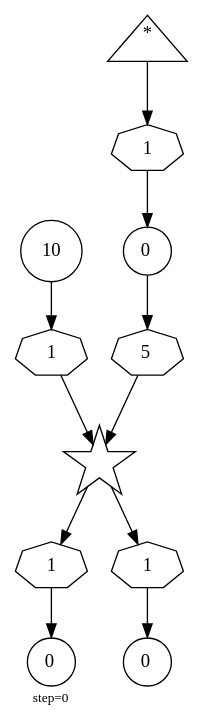
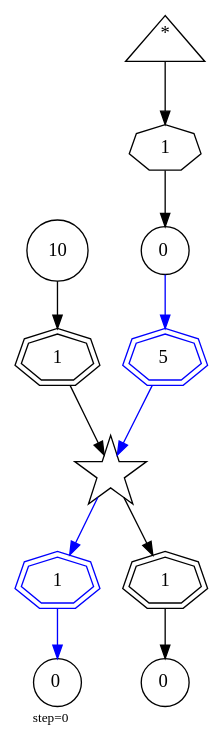
Before and after one commit to abarbu/machinations: the diagram in ours/101-objects/0009.dot, drawn with Graphviz. The commit also changed 191 other files, not shown here.

```diff
--- a/ours/101-objects/0009.dot
+++ b/ours/101-objects/0009.dot
@@ -1,24 +1,24 @@
 digraph {
   graph  [labelloc=bottom,labeljust=left,fontsize="10",label="step=0"];
   "52" [shape=circle,peripheries="1",label=<0>,labelfontcolor=black,color=black];
   "53" [shape=star,peripheries="1",label="",labelfontcolor=black,color=black];
   "55" [shape=circle,peripheries="1",label=<0>,labelfontcolor=black,color=black];
   "57" [shape=circle,peripheries="1",label=<0>,labelfontcolor=black,color=black];
   "58" [shape=circle,peripheries="1",label=<10>,labelfontcolor=Black,color=black];
   "61" [shape=triangle,peripheries="1",label=<<SUP>*</SUP>>,labelfontcolor=black,color=black];
-  "54" [label=<5>,peripheries="1",color=black,shape=septagon];
-  "52" -> "54" [color=black];
-  "54" -> "53" [color=black];
-  "56" [label=<1>,peripheries="1",color=black,shape=septagon];
-  "53" -> "56" [color=black];
-  "56" -> "55" [color=black];
-  "59" [label=<1>,peripheries="1",color=black,shape=septagon];
-  "53" -> "59" [color=black];
-  "59" -> "57" [color=black];
-  "60" [label=<1>,peripheries="1",color=black,shape=septagon];
-  "58" -> "60" [color=black];
-  "60" -> "53" [color=black];
+  "54" [label=<5>,peripheries="2",color=Blue,shape=septagon];
+  "52" -> "54" [color=Blue];
+  "54" -> "53" [color=Blue];
+  "56" [label=<1>,peripheries="2",color=Blue,shape=septagon];
+  "53" -> "56" [color=Blue];
+  "56" -> "55" [color=Blue];
+  "59" [label=<1>,peripheries="2",color=Black,shape=septagon];
+  "53" -> "59" [color=Black];
+  "59" -> "57" [color=Black];
+  "60" [label=<1>,peripheries="2",color=Black,shape=septagon];
+  "58" -> "60" [color=Black];
+  "60" -> "53" [color=Black];
   "62" [label=<1>,peripheries="1",color=black,shape=septagon];
   "61" -> "62" [color=black];
   "62" -> "52" [color=black];
 }
```
